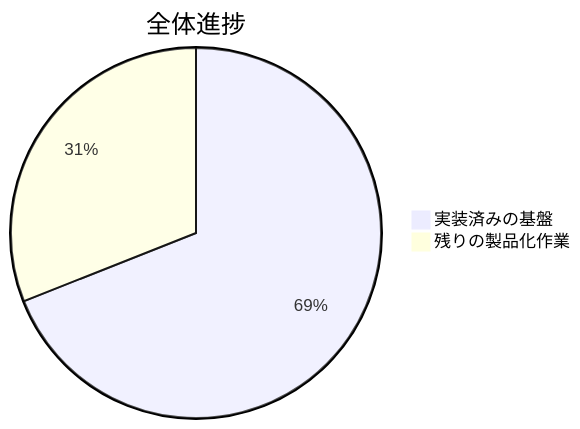
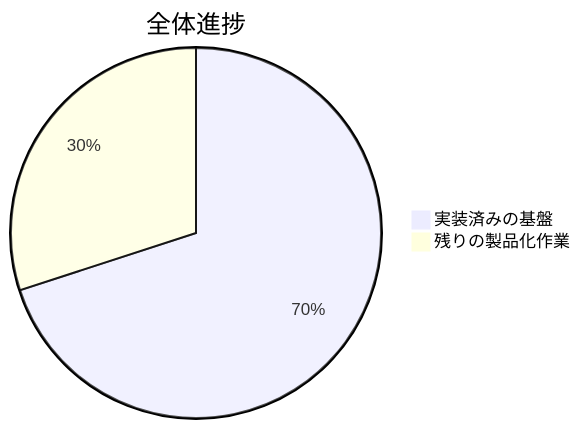
Before and after one commit to lingmulongtai/GlyphRay: the first of 5 diagrams in README.ja.md, drawn with Mermaid. The commit also changed other lines of this file and 11 other files, not shown here.

````diff
--- a/README.ja.md
+++ b/README.ja.md
@@ -15,5 +15,5 @@
 ```mermaid
 pie title 全体進捗
-  "実装済みの基盤" : 69
-  "残りの製品化作業" : 31
+  "実装済みの基盤" : 70
+  "残りの製品化作業" : 30
 ```
````
